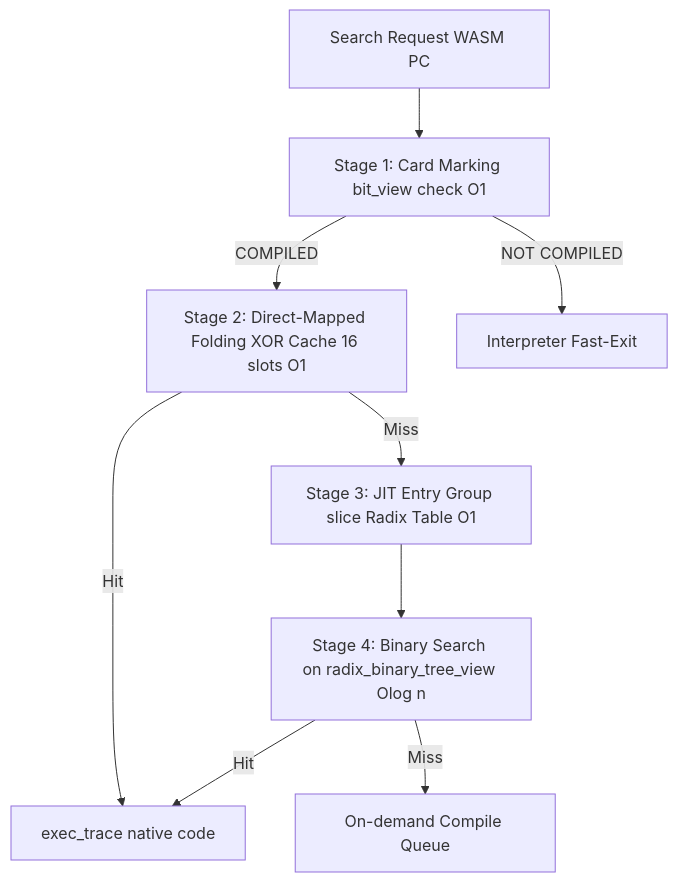
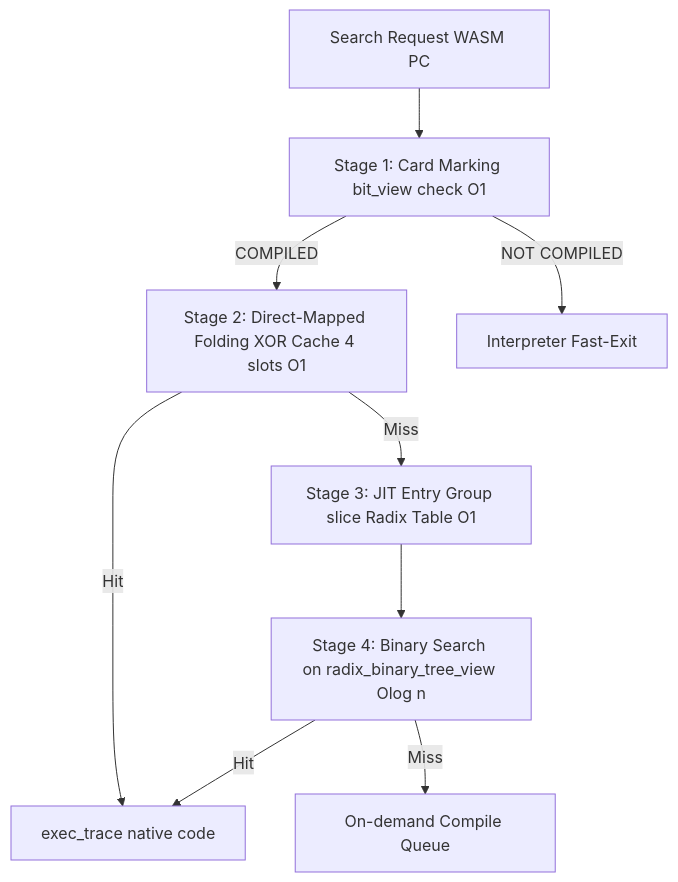
Before and after one commit to kmt-t/fireball: the first of 5 diagrams in docs/components/tier3_jit/jit_runtime.md, drawn with Mermaid. The commit also changed other lines of this file and 24 other files, not shown here.

Commit message:
Expand TLB capacity and update Folding XOR mappings

````diff
--- a/docs/components/tier3_jit/jit_runtime.md
+++ b/docs/components/tier3_jit/jit_runtime.md
@@ -40,11 +40,11 @@
 ```mermaid
 flowchart TD
     Search[Search Request WASM PC] --> Stage1[Stage 1: Card Marking bit_view check O1]
-    Stage1 -->|COMPILED| Stage2[Stage 2: Direct-Mapped Folding XOR Cache 16 slots O1]
+    Stage1 -->|COMPILED| Stage2[Stage 2: Direct-Mapped Folding XOR Cache 4 slots O1]
     Stage1 -->|NOT COMPILED| Interp[Interpreter Fast-Exit]
     Stage2 -->|Hit| Exec[exec_trace native code]
     Stage2 -->|Miss| Stage3[Stage 3: JIT Entry Group slice Radix Table O1]
     Stage3 --> Stage4[Stage 4: Binary Search on radix_binary_tree_view Olog n]
     Stage4 -->|Hit| Exec
     Stage4 -->|Miss| Queue[On-demand Compile Queue]
 ```
````
